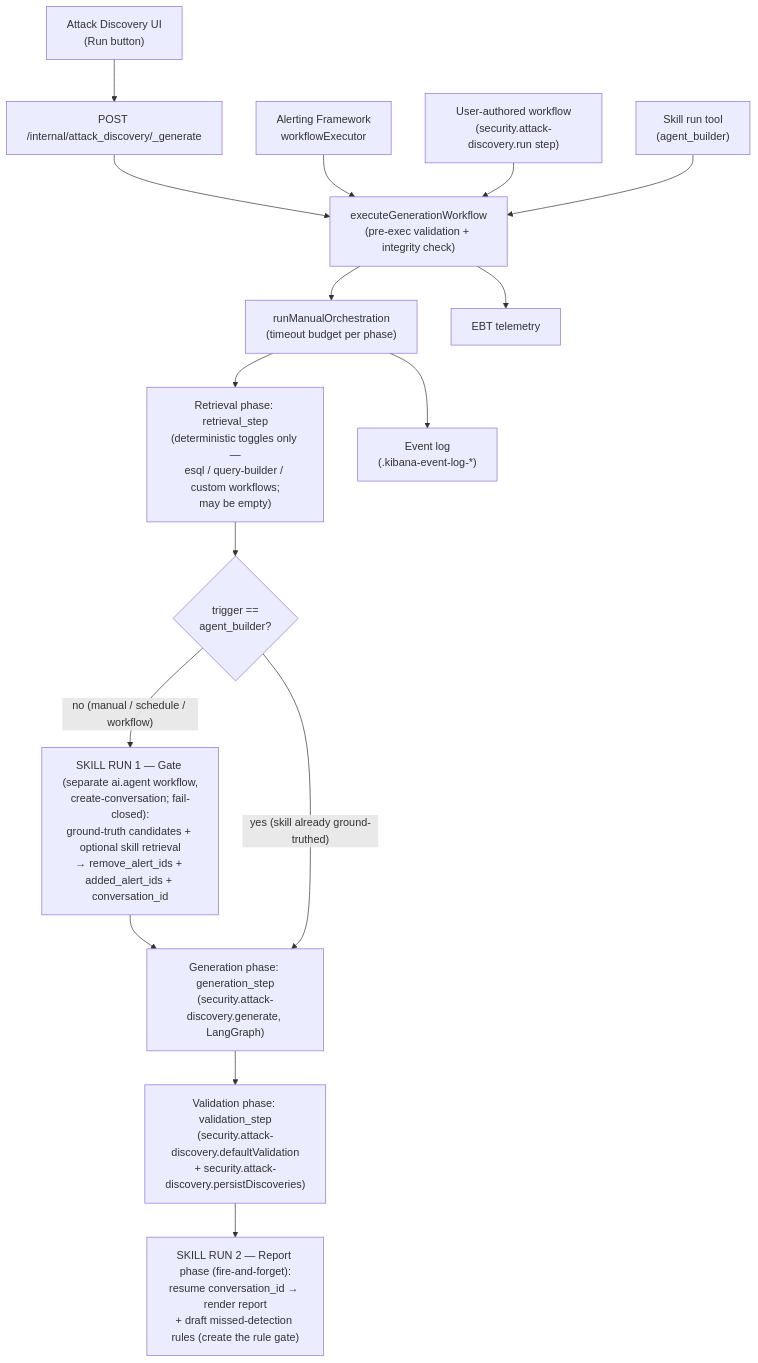
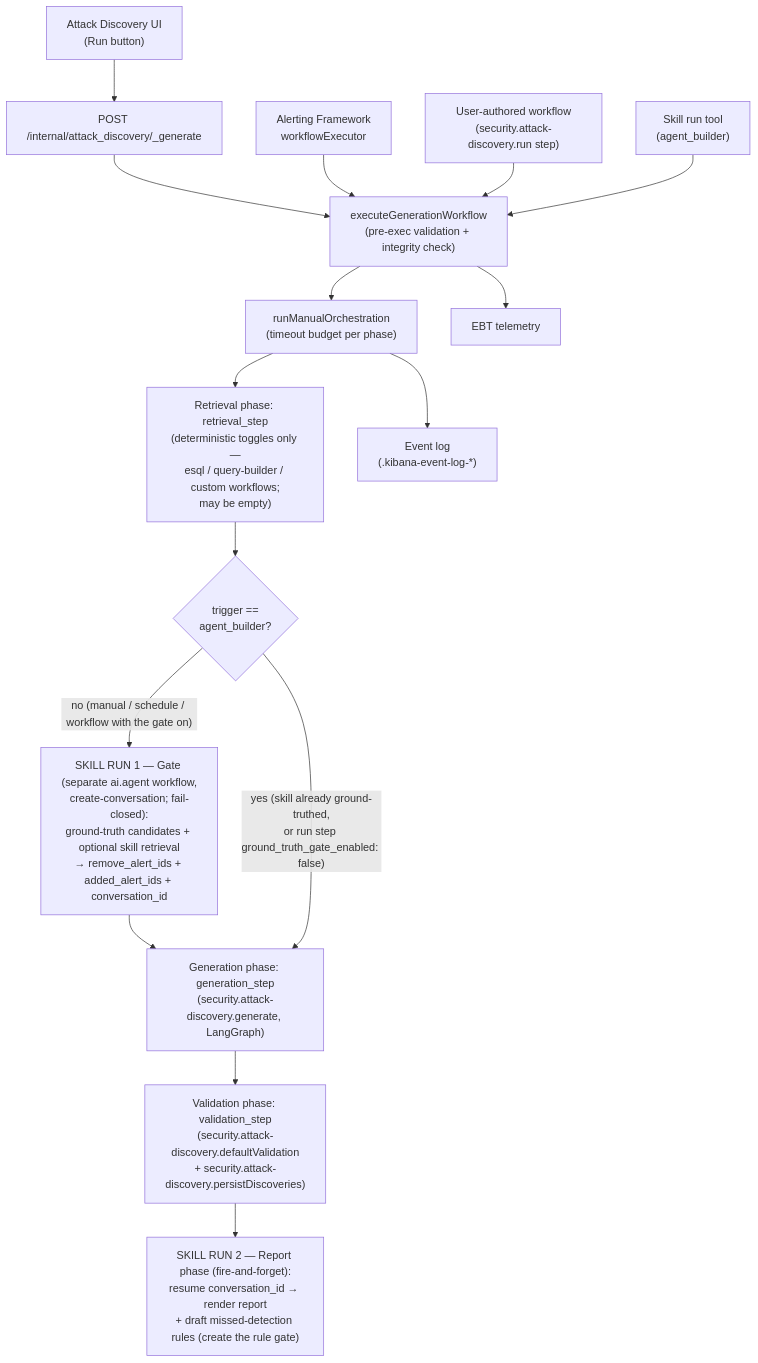
The first of 9 diagrams in x-pack/solutions/security/plugins/discoveries/README.md (codacy-open-source-projects-scans/kibana), drawn with Mermaid before and after one commit. The commit also changed other lines of this file and 982 other files, not shown here.

````diff
--- a/x-pack/solutions/security/plugins/discoveries/README.md
+++ b/x-pack/solutions/security/plugins/discoveries/README.md
@@ -107,29 +107,29 @@
 ```mermaid
 flowchart TB
   UI["Attack Discovery UI<br/>(Run button)"]
   SCHED["Alerting Framework<br/>workflowExecutor"]
   USER["User-authored workflow<br/>(security.attack-discovery.run step)"]
   RUNTOOL["Skill run tool<br/>(agent_builder)"]
   HTTP["POST /internal/attack_discovery/_generate"]
   EGW["executeGenerationWorkflow<br/>(pre-exec validation + integrity check)"]
   RMO["runManualOrchestration<br/>(timeout budget per phase)"]
   R["Retrieval phase: retrieval_step<br/>(deterministic toggles only —<br/>esql / query-builder / custom workflows;<br/>may be empty)"]
   SKIP{"trigger ==<br/>agent_builder?"}
   GATE["SKILL RUN 1 — Gate (separate ai.agent workflow,<br/>create-conversation; fail-closed):<br/>ground-truth candidates + optional skill retrieval<br/>→ remove_alert_ids + added_alert_ids + conversation_id"]
   G["Generation phase: generation_step<br/>(security.attack-discovery.generate, LangGraph)"]
   V["Validation phase: validation_step<br/>(security.attack-discovery.defaultValidation<br/>+ security.attack-discovery.persistDiscoveries)"]
   REPORT["SKILL RUN 2 — Report phase (fire-and-forget):<br/>resume conversation_id → render report<br/>+ draft missed-detection rules (create the rule gate)"]
   EBT["EBT telemetry"]
   EVL["Event log<br/>(.kibana-event-log-*)"]
 
   UI --> HTTP --> EGW
   SCHED --> EGW
   USER --> EGW
   RUNTOOL --> EGW
   EGW --> RMO --> R --> SKIP
-  SKIP -->|"no (manual / schedule / workflow)"| GATE --> G
-  SKIP -->|"yes (skill already ground-truthed)"| G
+  SKIP -->|"no (manual / schedule / workflow with the gate on)"| GATE --> G
+  SKIP -->|"yes (skill already ground-truthed,<br/>or run step ground_truth_gate_enabled: false)"| G
   G --> V --> REPORT
   EGW --> EBT
   RMO --> EVL
 ```
````
